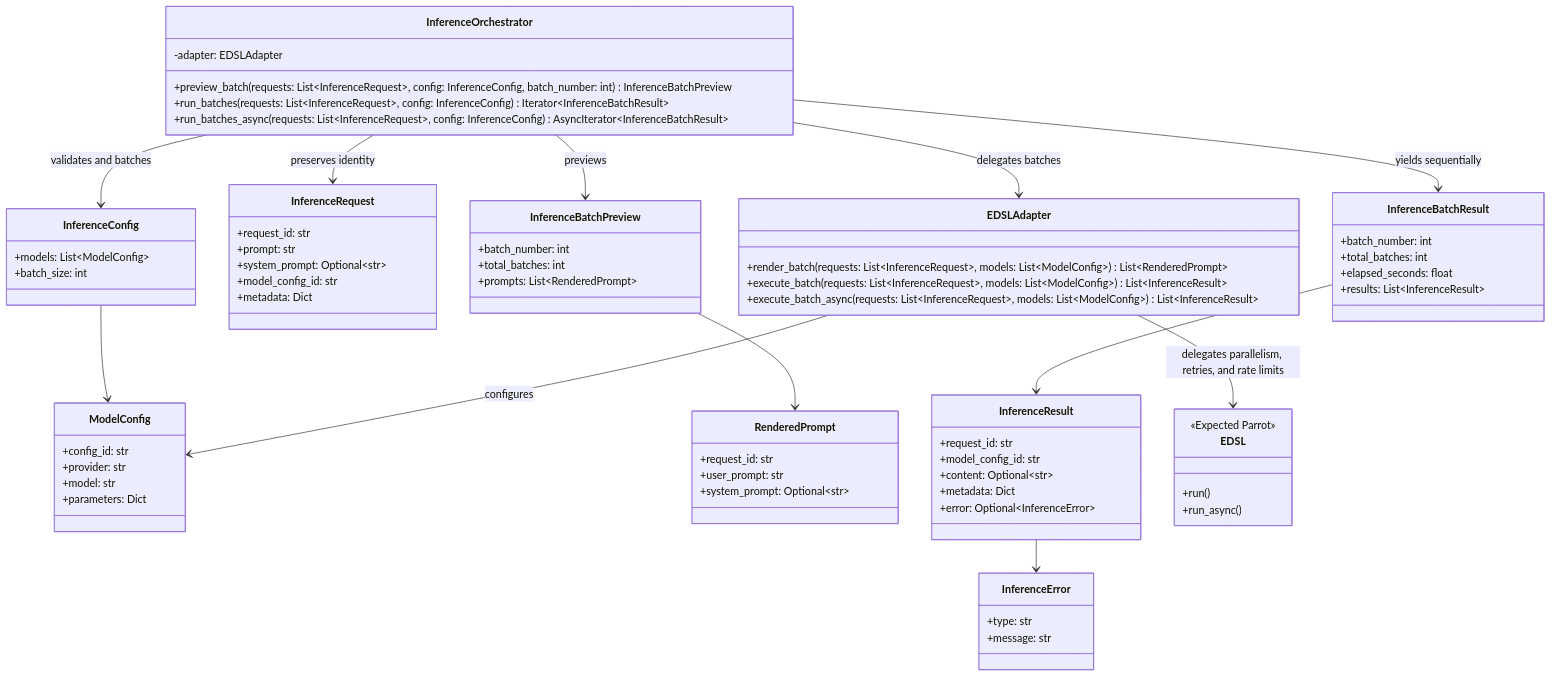
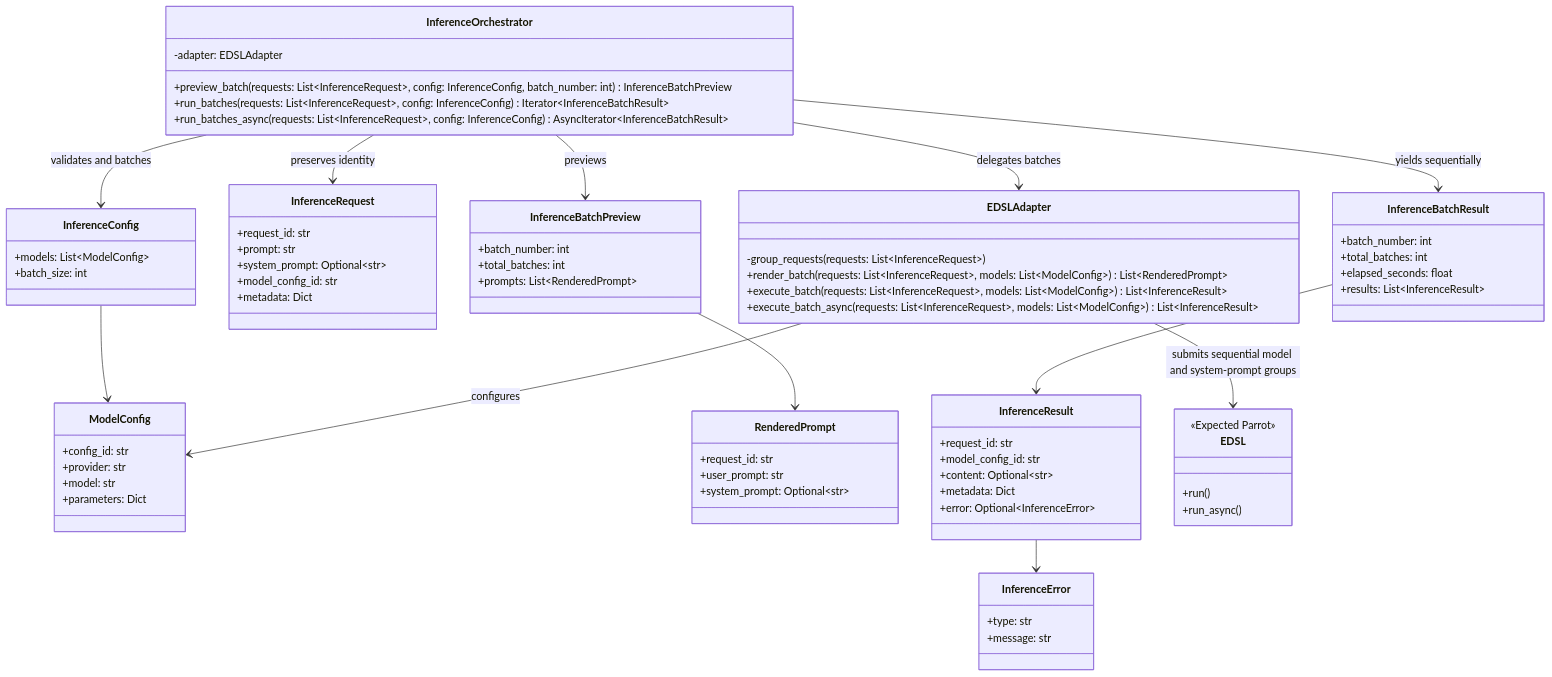
The diagram in docs/architecture/inference.mmd (KirillUtyashev/LLM_AuditKit), drawn with Mermaid before and after one commit. The commit also changed 4 other files, not shown here.

```diff
--- a/docs/architecture/inference.mmd
+++ b/docs/architecture/inference.mmd
@@ -1,76 +1,77 @@
 ---
 config:
   theme: mc
 ---
 classDiagram
     class InferenceConfig {
         +models: List~ModelConfig~
         +batch_size: int
     }
     class ModelConfig {
         +config_id: str
         +provider: str
         +model: str
         +parameters: Dict
     }
     class InferenceRequest {
         +request_id: str
         +prompt: str
         +system_prompt: Optional~str~
         +model_config_id: str
         +metadata: Dict
     }
     class RenderedPrompt {
         +request_id: str
         +user_prompt: str
         +system_prompt: Optional~str~
     }
     class InferenceBatchPreview {
         +batch_number: int
         +total_batches: int
         +prompts: List~RenderedPrompt~
     }
     class InferenceBatchResult {
         +batch_number: int
         +total_batches: int
         +elapsed_seconds: float
         +results: List~InferenceResult~
     }
     class InferenceResult {
         +request_id: str
         +model_config_id: str
         +content: Optional~str~
         +metadata: Dict
         +error: Optional~InferenceError~
     }
     class InferenceError {
         +type: str
         +message: str
     }
     class InferenceOrchestrator {
         -adapter: EDSLAdapter
         +preview_batch(requests: List~InferenceRequest~, config: InferenceConfig, batch_number: int) InferenceBatchPreview
         +run_batches(requests: List~InferenceRequest~, config: InferenceConfig) Iterator~InferenceBatchResult~
         +run_batches_async(requests: List~InferenceRequest~, config: InferenceConfig) AsyncIterator~InferenceBatchResult~
     }
     class EDSLAdapter {
+        -group_requests(requests: List~InferenceRequest~)
         +render_batch(requests: List~InferenceRequest~, models: List~ModelConfig~) List~RenderedPrompt~
         +execute_batch(requests: List~InferenceRequest~, models: List~ModelConfig~) List~InferenceResult~
         +execute_batch_async(requests: List~InferenceRequest~, models: List~ModelConfig~) List~InferenceResult~
     }
     class EDSL {
         <<Expected Parrot>>
         +run()
         +run_async()
     }
     InferenceConfig --> ModelConfig
     InferenceOrchestrator --> InferenceConfig : validates and batches
     InferenceOrchestrator --> InferenceRequest : preserves identity
     InferenceOrchestrator --> InferenceBatchPreview : previews
     InferenceBatchPreview --> RenderedPrompt
     InferenceOrchestrator --> InferenceBatchResult : yields sequentially
     InferenceBatchResult --> InferenceResult
     InferenceResult --> InferenceError
     InferenceOrchestrator --> EDSLAdapter : delegates batches
     EDSLAdapter --> ModelConfig : configures
-    EDSLAdapter --> EDSL : delegates parallelism, retries, and rate limits
+    EDSLAdapter --> EDSL : submits sequential model and system-prompt groups
```
